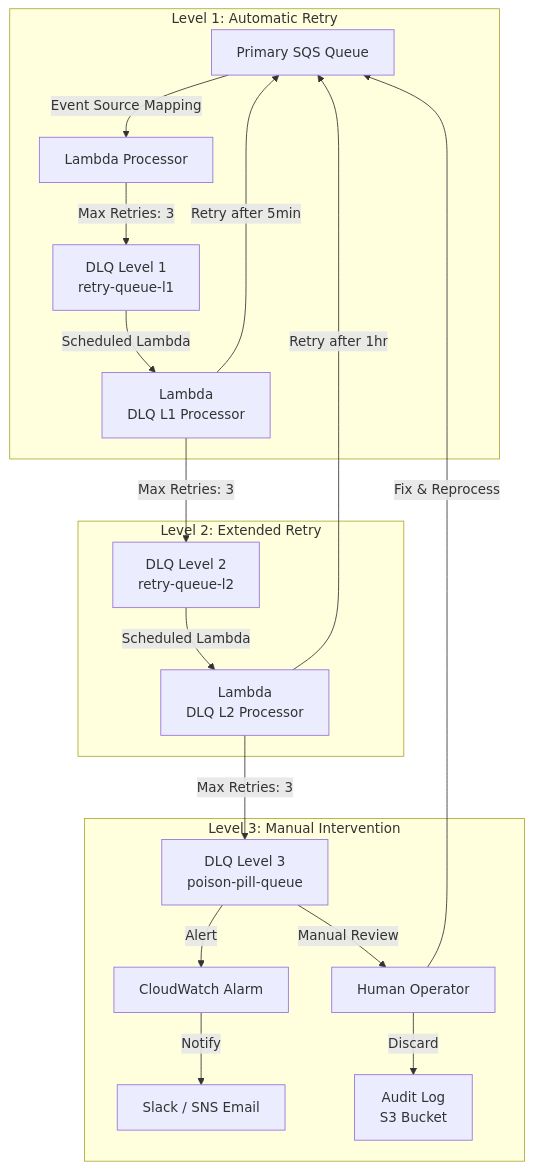
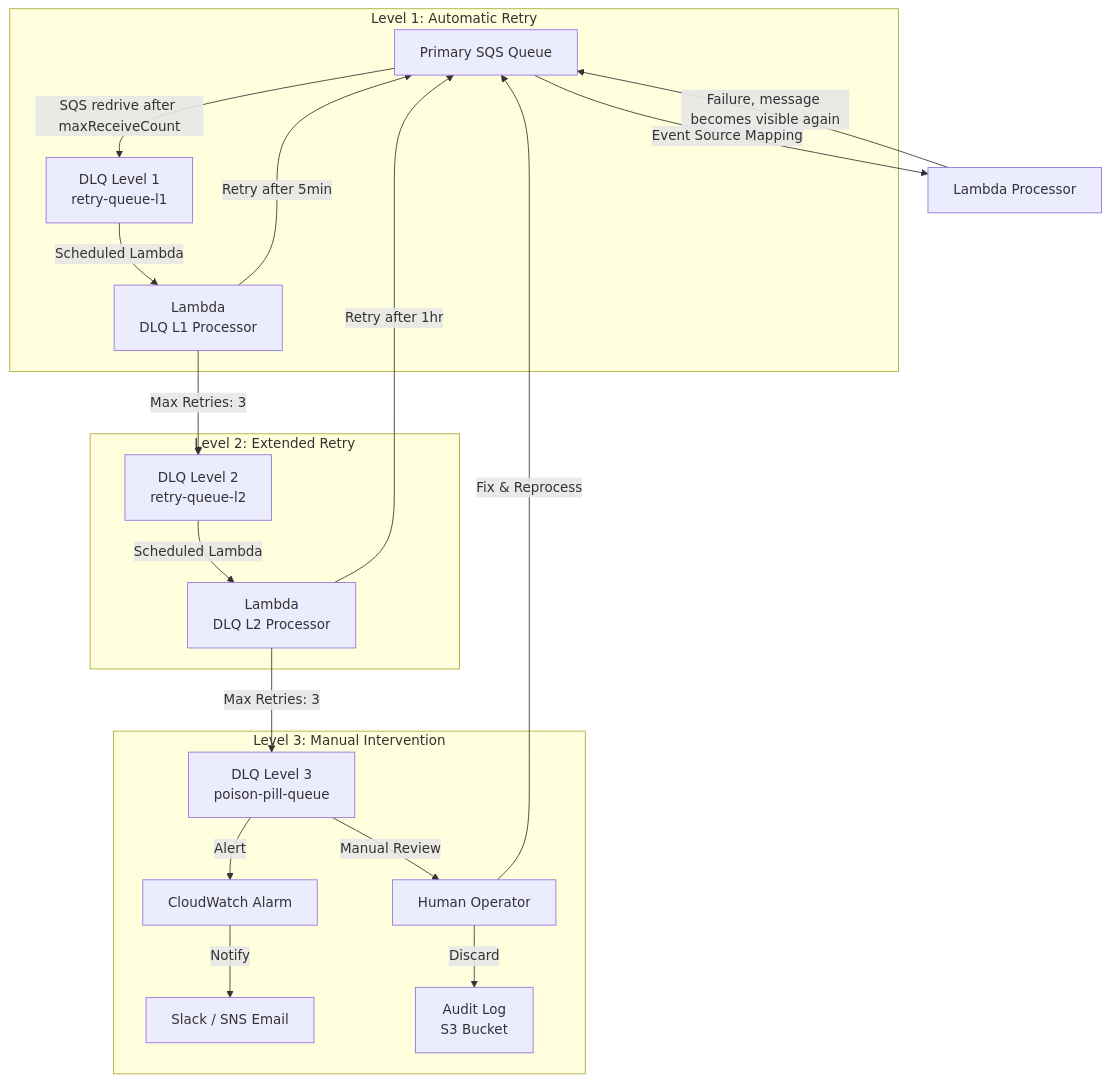
One commit to AlexanderBesss/AWS_best_praactices changed the second of 7 diagrams in Design/03-error-handling-patterns.md. Above: the diagram before and after it, drawn with Mermaid. The commit also changed other lines of this file and 31 other files, not shown here.

````diff
--- a/Design/03-error-handling-patterns.md
+++ b/Design/03-error-handling-patterns.md
@@ -112,25 +113,26 @@
 ```mermaid
 graph TB
     A[Primary SQS Queue] -->|Event Source Mapping| B[Lambda Processor]
+    B -->|Failure, message becomes visible again| A
     
     subgraph "Level 1: Automatic Retry"
-        B -->|Max Retries: 3| C[DLQ Level 1<br/>retry-queue-l1]
+        A -->|SQS redrive after maxReceiveCount| C[DLQ Level 1<br/>retry-queue-l1]
         C -->|Scheduled Lambda| D[Lambda<br/>DLQ L1 Processor]
         D -->|Retry after 5min| A
     end
     
     subgraph "Level 2: Extended Retry"
         D -->|Max Retries: 3| E[DLQ Level 2<br/>retry-queue-l2]
         E -->|Scheduled Lambda| F[Lambda<br/>DLQ L2 Processor]
         F -->|Retry after 1hr| A
     end
     
     subgraph "Level 3: Manual Intervention"
         F -->|Max Retries: 3| G[DLQ Level 3<br/>poison-pill-queue]
         G -->|Alert| H[CloudWatch Alarm]
         H -->|Notify| I[Slack / SNS Email]
         G -->|Manual Review| J[Human Operator]
         J -->|Fix & Reprocess| A
         J -->|Discard| K[Audit Log<br/>S3 Bucket]
     end
 ```
````
